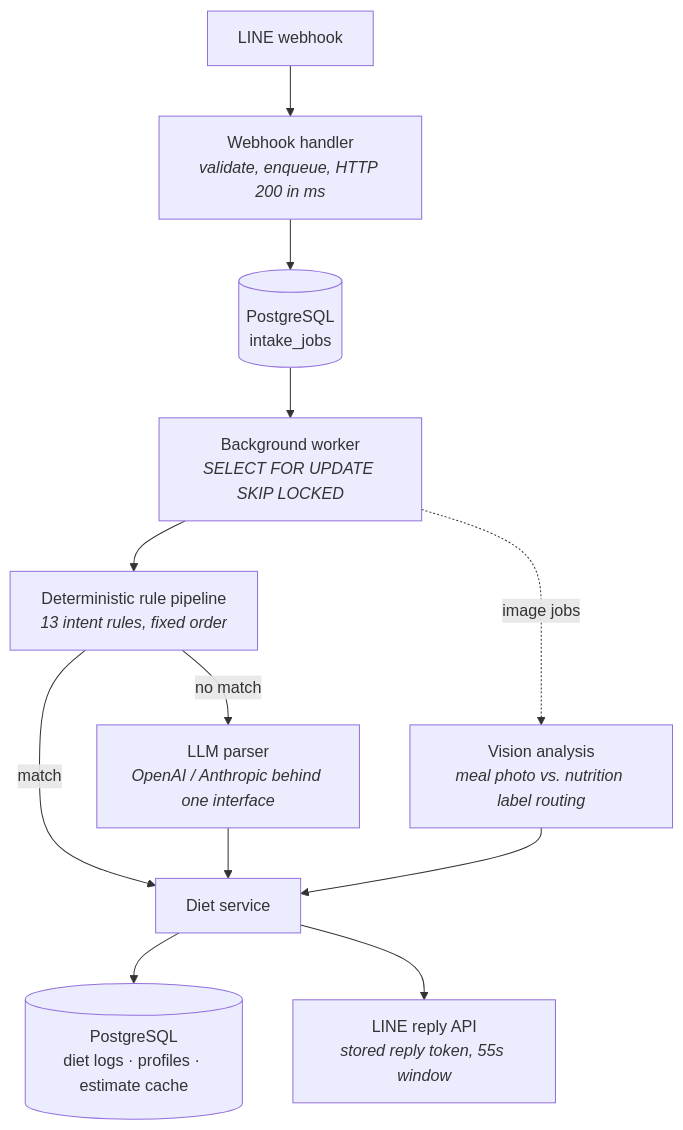
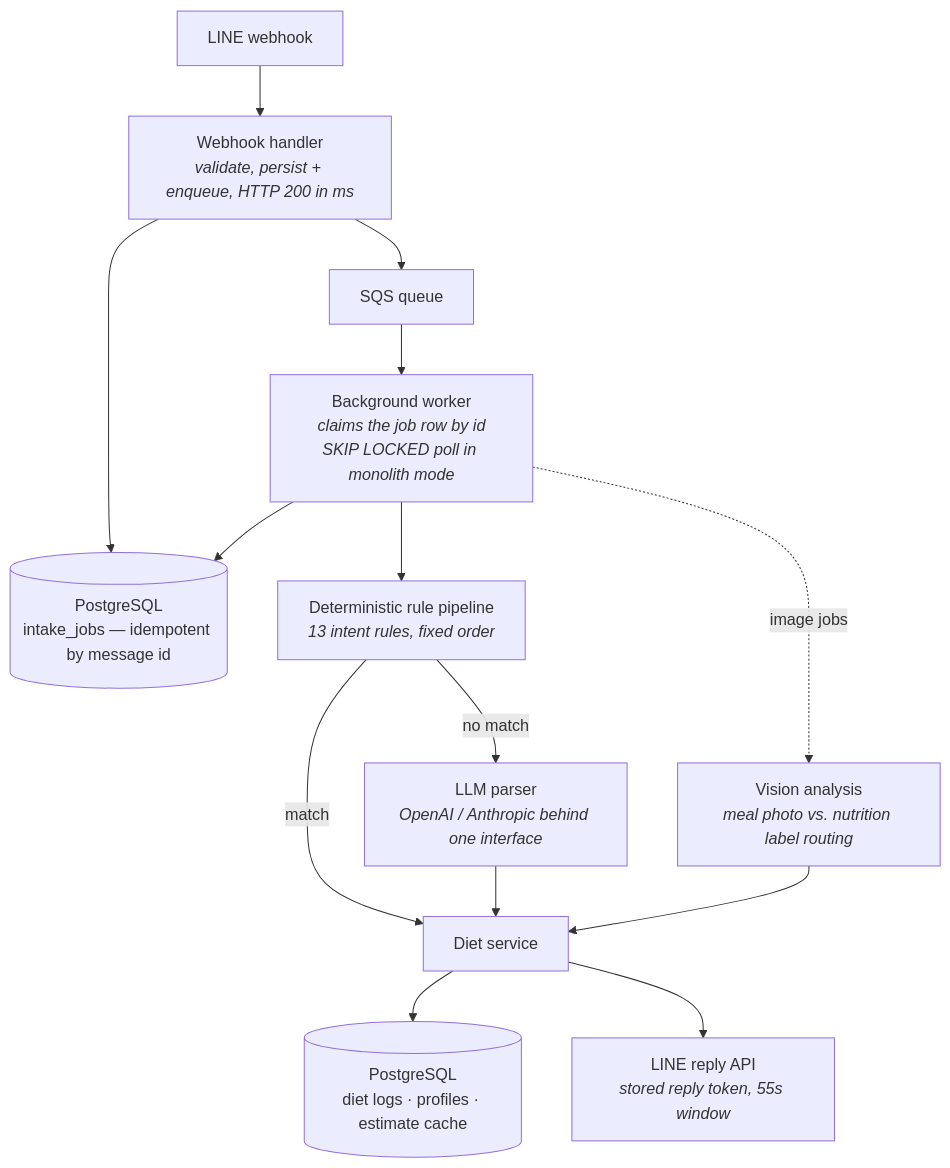
The diagram in README.md (jeffery12697/fitneko-case-study), drawn with Mermaid before and after one commit. The commit also changed other lines of this file, not shown here.

Commit message:
README: fitness-scope intro; diagram reflects SQS-triggered worker

````diff
--- a/README.md
+++ b/README.md
@@ -25,14 +25,16 @@
 ```mermaid
 flowchart TD
-    LINE[LINE webhook] --> WH[Webhook handler<br/><i>validate, enqueue, HTTP 200 in ms</i>]
-    WH --> DB[(PostgreSQL<br/>intake_jobs)]
-    DB --> W[Background worker<br/><i>SELECT FOR UPDATE SKIP LOCKED</i>]
+    LINE[LINE webhook] --> WH[Webhook handler<br/><i>validate, persist + enqueue, HTTP 200 in ms</i>]
+    WH --> DB[(PostgreSQL<br/>intake_jobs — idempotent by message id)]
+    WH --> Q[SQS queue]
+    Q --> W[Background worker<br/><i>claims the job row by id<br/>SKIP LOCKED poll in monolith mode</i>]
+    W --> DB
     W --> RP[Deterministic rule pipeline<br/><i>13 intent rules, fixed order</i>]
     RP -->|no match| LLM[LLM parser<br/><i>OpenAI / Anthropic behind one interface</i>]
     RP -->|match| SVC[Diet service]
     LLM --> SVC
     SVC --> PG[(PostgreSQL<br/>diet logs · profiles · estimate cache)]
     SVC --> REPLY[LINE reply API<br/><i>stored reply token, 55s window</i>]
     W -.->|image jobs| VIS[Vision analysis<br/><i>meal photo vs. nutrition label routing</i>]
     VIS --> SVC
 ```
````
